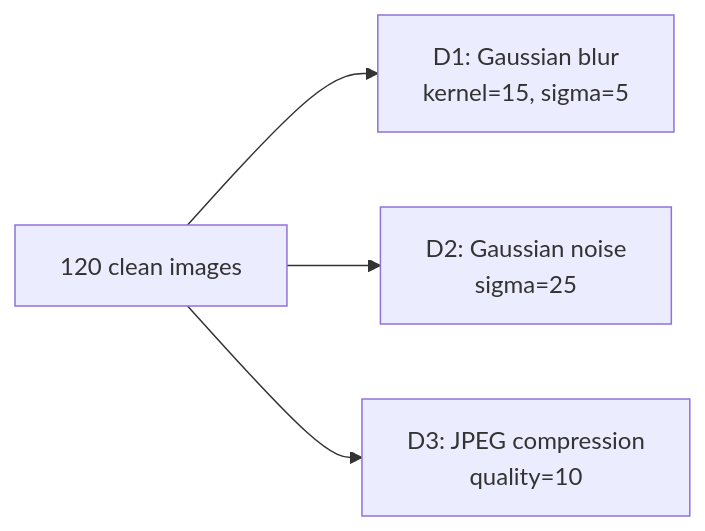
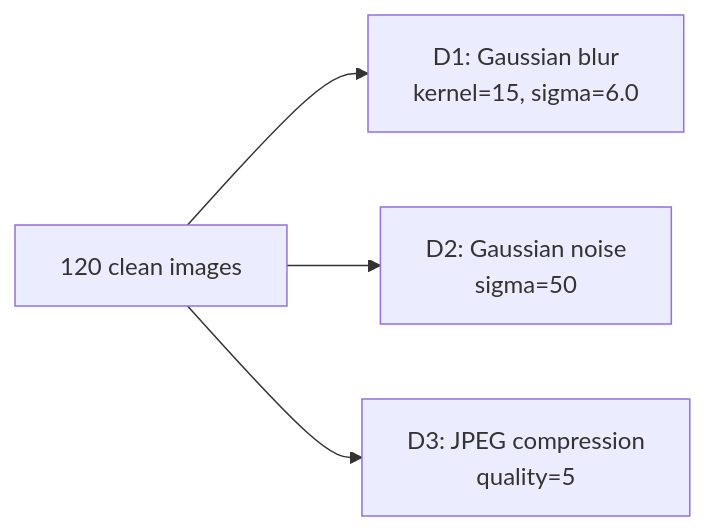
Before and after one commit to omorros/SnapShelf: the second of 2 diagrams in research/02-pipeline-comparison/README.md, drawn with Mermaid. The commit also changed other lines of this file, not shown here.

````diff
--- a/research/02-pipeline-comparison/README.md
+++ b/research/02-pipeline-comparison/README.md
@@ -50,6 +50,6 @@
 ```mermaid
 flowchart LR
-    O["120 clean images"] --> D1["D1: Gaussian blur\nkernel=15, sigma=5"]
-    O --> D2["D2: Gaussian noise\nsigma=25"]
-    O --> D3["D3: JPEG compression\nquality=10"]
+    O["120 clean images"] --> D1["D1: Gaussian blur\nkernel=15, sigma=6.0"]
+    O --> D2["D2: Gaussian noise\nsigma=50"]
+    O --> D3["D3: JPEG compression\nquality=5"]
 ```
````
